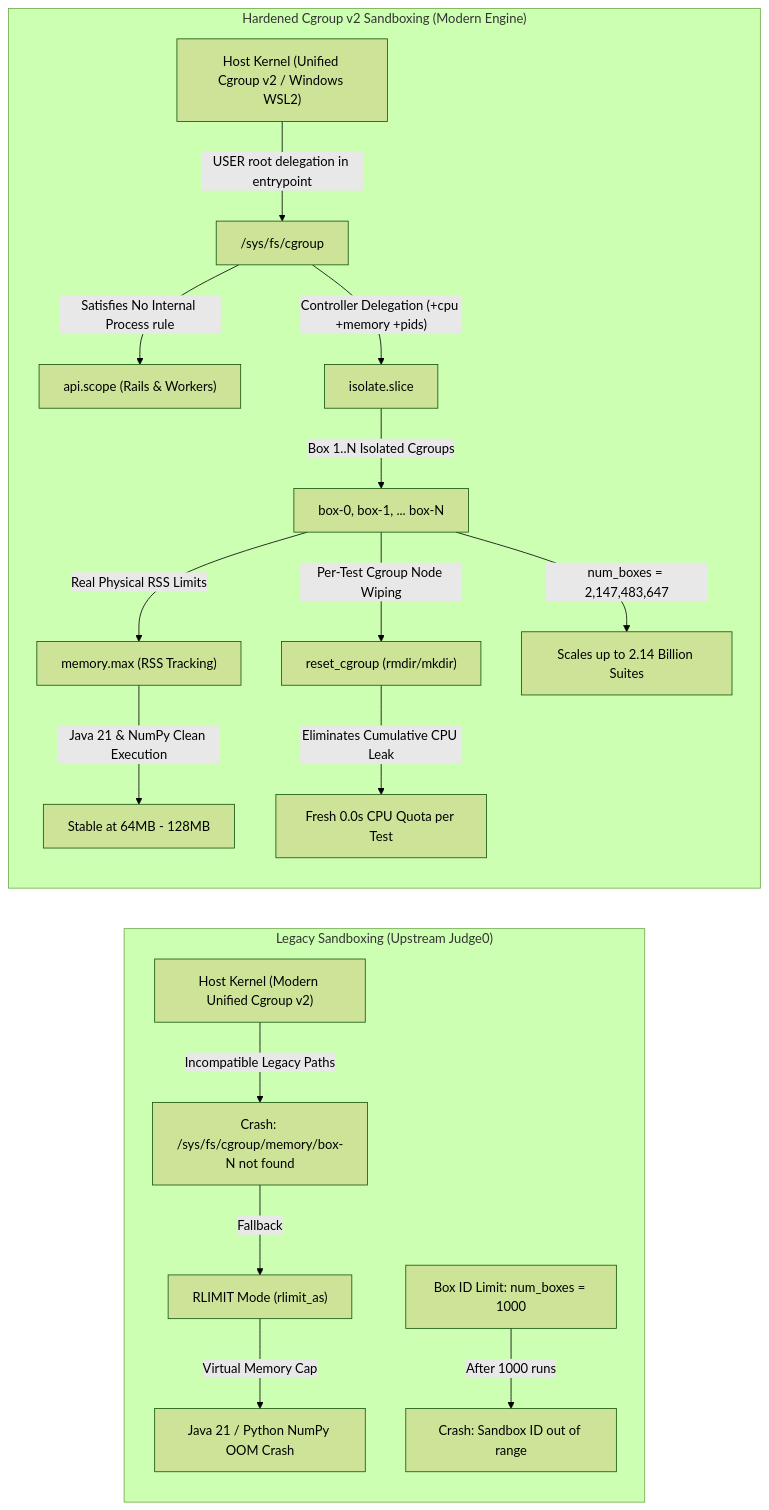
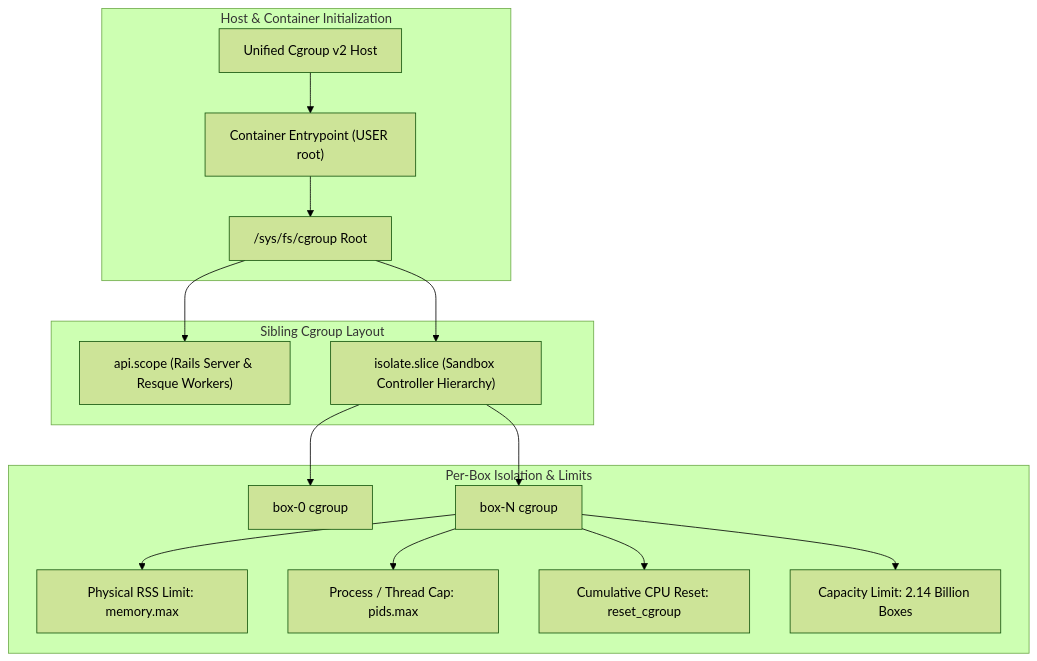
The second of 3 diagrams in architecture.md (IWillPinchU/judge0), drawn with Mermaid (forest theme) before and after one commit. The commit also changed other lines of this file, not shown here.

Commit message:
docs: add ASCII architecture diagrams and simplify Mermaid syntax

````diff
--- a/architecture.md
+++ b/architecture.md
@@ -40,25 +170,21 @@
 ```mermaid
-flowchart LR
-    subgraph Upstream_Sandbox["Legacy Sandboxing (Upstream Judge0)"]
-        direction TB
-        U_Host["Host Kernel (Modern Unified Cgroup v2)"]
-        U_Host -->|"Incompatible Legacy Paths"| U_Err["Crash: /sys/fs/cgroup/memory/box-N not found"]
-        U_Err -->|"Fallback"| U_Rlimit["RLIMIT Mode (rlimit_as)"]
-        U_Rlimit -->|"Virtual Memory Cap"| U_Java["Java 21 / Python NumPy OOM Crash"]
-        U_BoxLimit["Box ID Limit: num_boxes = 1000"] -->|"After 1000 runs"| U_BoxCrash["Crash: Sandbox ID out of range"]
+flowchart TD
+    subgraph Host_Level["Host & Container Initialization"]
+        H1["Unified Cgroup v2 Host"] --> H2["Container Entrypoint (USER root)"]
+        H2 --> H3["/sys/fs/cgroup Root"]
     end
 
-    subgraph Modern_Sandbox["Hardened Cgroup v2 Sandboxing (Modern Engine)"]
-        direction TB
-        M_Host["Host Kernel (Unified Cgroup v2 / Windows WSL2)"]
-        M_Host -->|"USER root delegation in entrypoint"| M_Root["/sys/fs/cgroup"]
-        M_Root -->|"Satisfies No Internal Process rule"| M_Scope["api.scope (Rails & Workers)"]
-        M_Root -->|"Controller Delegation (+cpu +memory +pids)"| M_Slice["isolate.slice"]
-        M_Slice -->|"Box 1..N Isolated Cgroups"| M_Boxes["box-0, box-1, ... box-N"]
-        M_Boxes -->|"Real Physical RSS Limits"| M_RSS["memory.max (RSS Tracking)"]
-        M_RSS -->|"Java 21 & NumPy Clean Execution"| M_Stable["Stable at 64MB - 128MB"]
-        M_Boxes -->|"Per-Test Cgroup Node Wiping"| M_Reset["reset_cgroup (rmdir/mkdir)"]
-        M_Reset -->|"Eliminates Cumulative CPU Leak"| M_FreshCPU["Fresh 0.0s CPU Quota per Test"]
-        M_Boxes -->|"num_boxes = 2,147,483,647"| M_InfBoxes["Scales up to 2.14 Billion Suites"]
+    subgraph Sibling_Hierarchy["Sibling Cgroup Layout"]
+        H3 --> S1["api.scope (Rails Server & Resque Workers)"]
+        H3 --> S2["isolate.slice (Sandbox Controller Hierarchy)"]
+    end
+
+    subgraph Sandbox_Execution["Per-Box Isolation & Limits"]
+        S2 --> B1["box-0 cgroup"]
+        S2 --> B2["box-N cgroup"]
+        B2 --> L1["Physical RSS Limit: memory.max"]
+        B2 --> L2["Process / Thread Cap: pids.max"]
+        B2 --> L3["Cumulative CPU Reset: reset_cgroup"]
+        B2 --> L4["Capacity Limit: 2.14 Billion Boxes"]
     end
 ```
````
